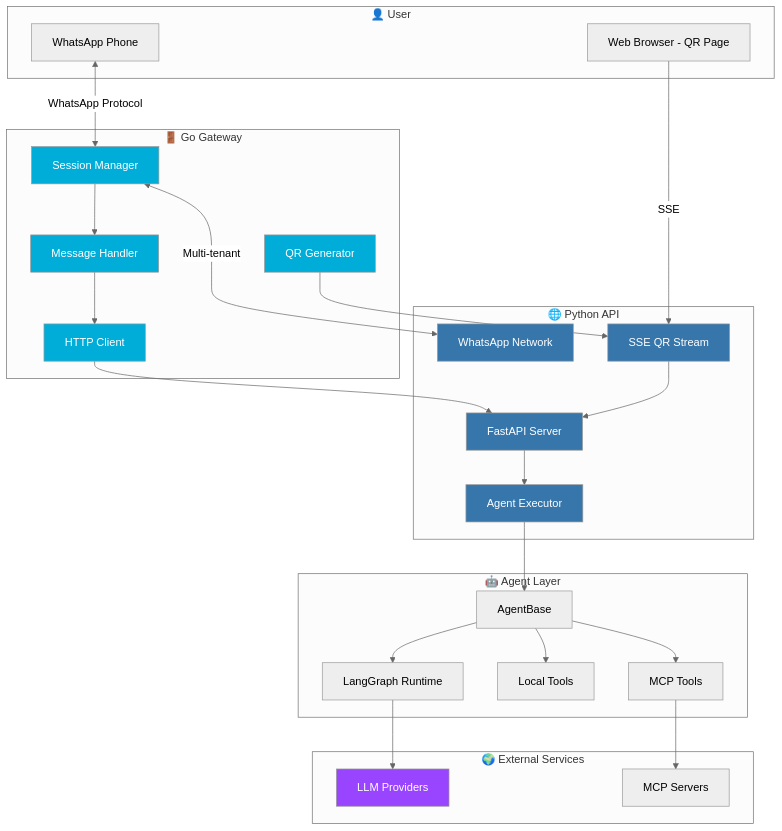
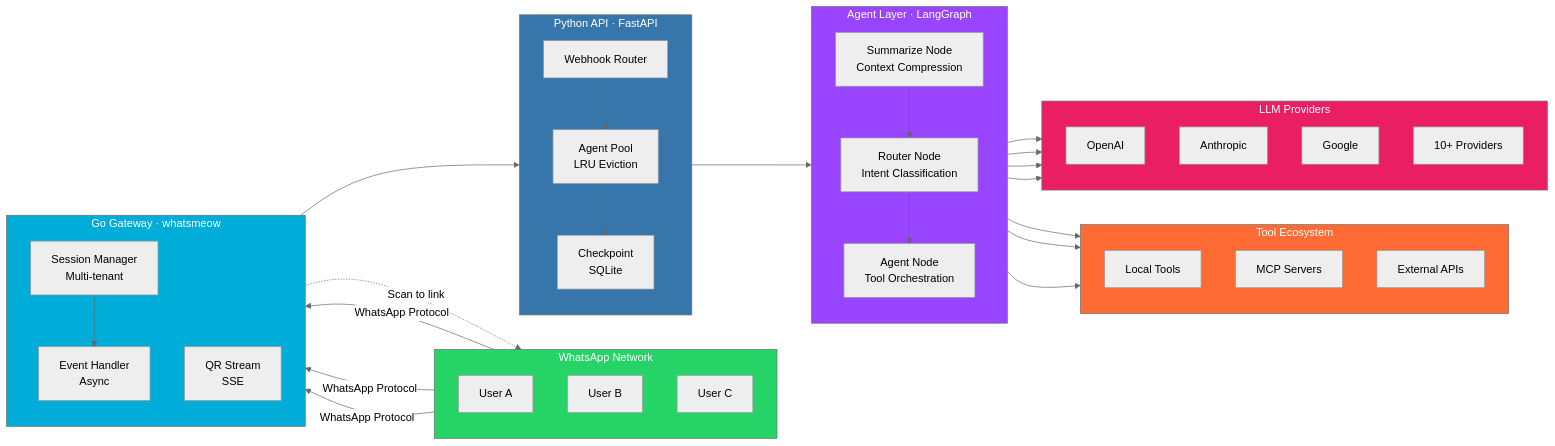
Before and after one commit to MusadiqUrRahman/whaagent: the diagram in README.md, drawn with Mermaid (neutral theme). The commit also changed other lines of this file and 1 other file, not shown here.

Commit message:
Fix MCP timeout and rewrite README for portfolio presentation

````diff
--- a/README.md
+++ b/README.md
@@ -245,64 +24,65 @@
 ```mermaid
-flowchart TB
-    subgraph User [👤 User]
-        Phone[WhatsApp Phone]
-        Browser[Web Browser - QR Page]
+flowchart LR
+    subgraph WhatsApp["WhatsApp Network"]
+        direction TB
+        U1["User A"]
+        U2["User B"]
+        U3["User C"]
     end
 
-    subgraph Gateway [🚪 Go Gateway]
-        SM[Session Manager]
-        MH[Message Handler]
-        QG[QR Generator]
-        HC[HTTP Client]
+    subgraph Gateway["Go Gateway · whatsmeow"]
+        direction TB
+        SM["Session Manager<br/>Multi-tenant"]
+        QR["QR Stream<br/>SSE"]
+        EH["Event Handler<br/>Async"]
     end
 
-    subgraph API [🌐 Python API]
-        FE[FastAPI Server]
-        WA[WhatsApp Routes]
-        AE[Agent Executor]
-        QR[SSE QR Stream]
+    subgraph API["Python API · FastAPI"]
+        direction TB
+        WH["Webhook Router"]
+        AP["Agent Pool<br/>LRU Eviction"]
+        CK["Checkpoint<br/>SQLite"]
     end
 
-    subgraph Agents [🤖 Agent Layer]
-        AB[AgentBase]
-        LG[LangGraph Runtime]
-        LT[Local Tools]
-        MT[MCP Tools]
+    subgraph Agents["Agent Layer · LangGraph"]
+        direction TB
+        R["Router Node<br/>Intent Classification"]
+        S["Summarize Node<br/>Context Compression"]
+        A["Agent Node<br/>Tool Orchestration"]
     end
 
-    subgraph External [🌍 External Services]
-        LLM[LLM Providers]
-        MCP[MCP Servers]
-        WA[WhatsApp Network]
+    subgraph Tools["Tool Ecosystem"]
+        direction TB
+        LT["Local Tools"]
+        MCP["MCP Servers"]
+        EXT["External APIs"]
     end
 
-    Phone <-->|WhatsApp Protocol| SM
-    SM --> MH
-    MH --> HC
-    HC --> FE
+    subgraph LLM["LLM Providers"]
+        direction TB
+        OAI["OpenAI"]
+        ANT["Anthropic"]
+        GGL["Google"]
+        OTH["10+ Providers"]
+    end
 
-    Browser -->|SSE| QR
-    QG --> QR
-    QR --> FE
+    U1 & U2 & U3 -->|"WhatsApp Protocol"| SM
+    SM --> EH
+    EH --> WH
+    QR -.->|"Scan to link"| WhatsApp
 
-    FE --> AE
-    AE --> AB
-    AB --> LG
-    AB --> LT
-    AB --> MT
+    WH --> AP
+    AP --> CK
+    CK --> S
+    S --> R
+    R --> A
+    A --> LT & MCP & EXT
+    A --> OAI & ANT & GGL & OTH
 
-    LG --> LLM
-    MT --> MCP
-
-    SM <-->|Multi-tenant| WA
-
-    classDef whatsapp fill:#25D366,color:#fff
-    classDef go fill:#00ADD8,color:#fff
-    classDef python fill:#3776AB,color:#fff
-    classDef llm fill:#9945FF,color:#fff
-
-    class WA whatsapp
-    class SM,MH,QG,HC go
-    class FE,WA,AE,QR python
-    class LLM llm
+    style WhatsApp fill:#25D366,color:#fff
+    style Gateway fill:#00ADD8,color:#fff
+    style API fill:#3776AB,color:#fff
+    style Agents fill:#9945FF,color:#fff
+    style Tools fill:#FF6B35,color:#fff
+    style LLM fill:#E91E63,color:#fff
 ```
````
